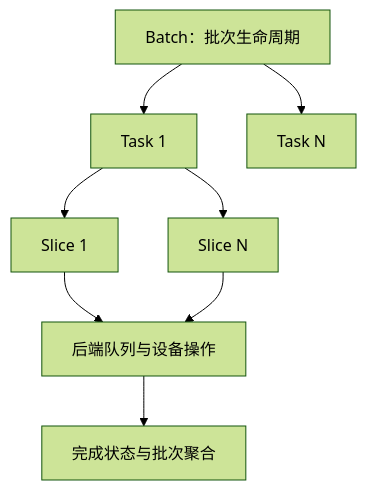
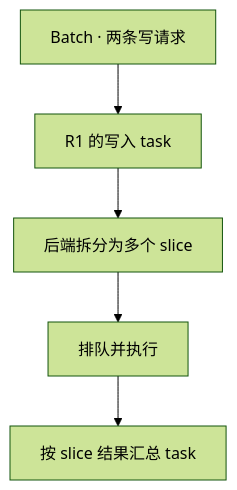
The diagram in mooncake-kv-cache-series/wechat/06-transfer-lifecycle.md (Hansyangxingxiang/Mooncake), drawn with Mermaid (forest theme) before and after one commit. The commit also changed other lines of this file and 12 other files, not shown here.

````diff
--- a/mooncake-kv-cache-series/wechat/06-transfer-lifecycle.md
+++ b/mooncake-kv-cache-series/wechat/06-transfer-lifecycle.md
@@ -21,10 +15,7 @@
 ```mermaid
 flowchart TB
-    B["Batch：批次生命周期"] --> T1["Task 1"]
-    B --> T2["Task N"]
-    T1 --> S1["Slice 1"]
-    T1 --> S2["Slice N"]
-    S1 --> W["后端队列与设备操作"]
-    S2 --> W
-    W --> Q["完成状态与批次聚合"]
+    B["Batch · 两条写请求"] --> T["R1 的写入 task"]
+    T --> S["后端拆分为多个 slice"]
+    S --> W["排队并执行"]
+    W --> Q["按 slice 结果汇总 task"]
 ```
````
